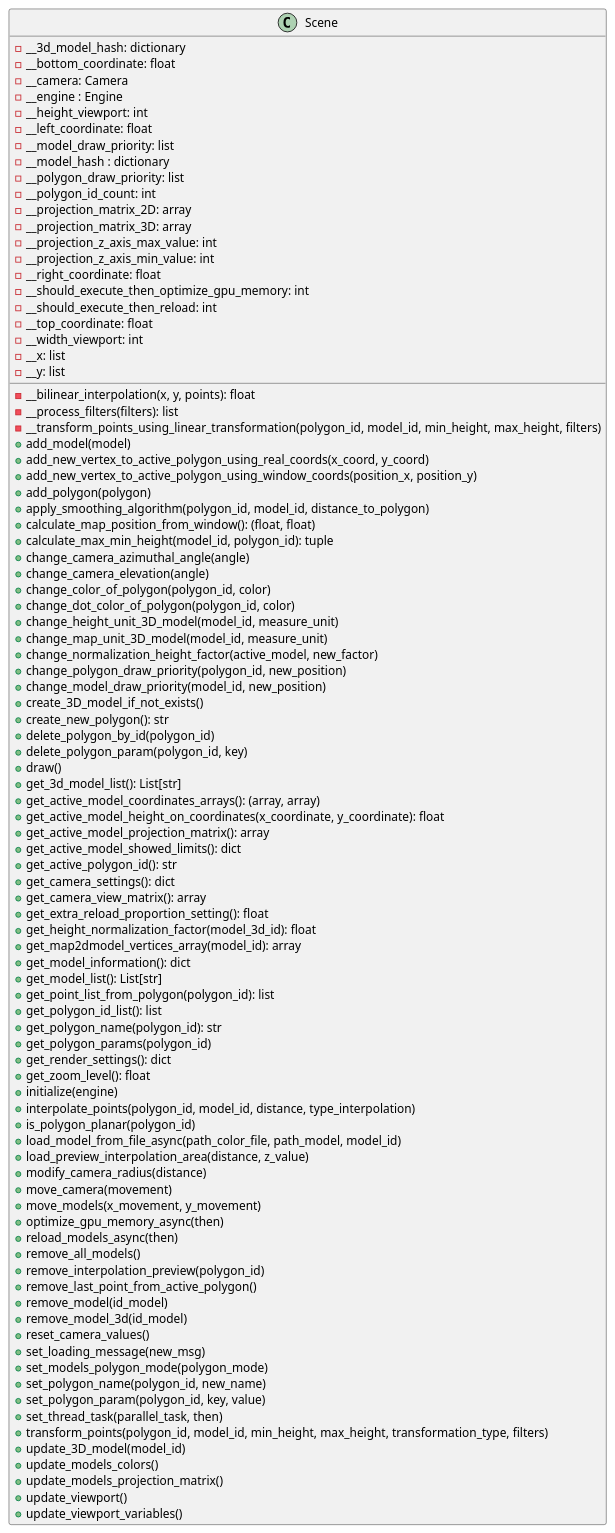
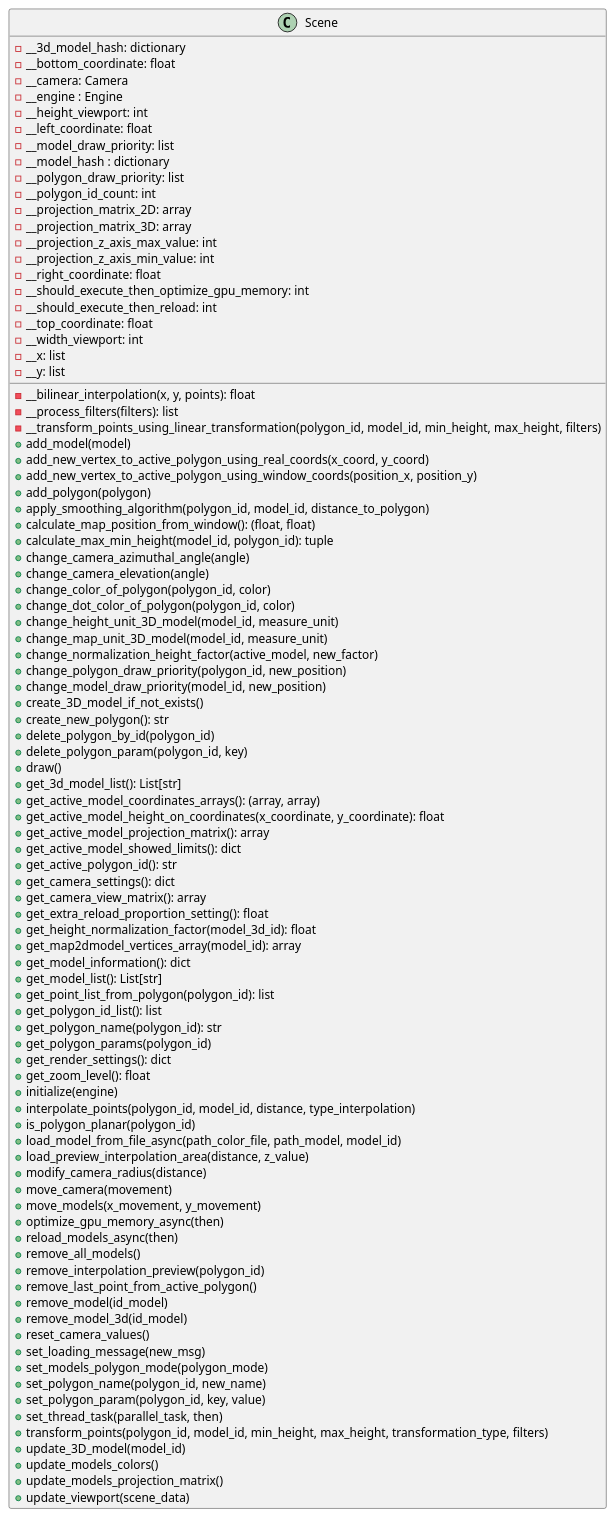
One commit to ferpoble2/Relief_Creator changed the diagram in docs/classes/Scene.puml. Above: the diagram before and after it, drawn with PlantUML. The commit also changed 3 other files, not shown here.

```diff
--- a/docs/classes/Scene.puml
+++ b/docs/classes/Scene.puml
@@ -1,96 +1,95 @@
 @startuml
             class Scene{
                 - __bilinear_interpolation(x, y, points): float
                 - __process_filters(filters): list
                 - __transform_points_using_linear_transformation(polygon_id, model_id, min_height, max_height, filters)
                 + add_model(model)
                 + add_new_vertex_to_active_polygon_using_real_coords(x_coord, y_coord)
                 + add_new_vertex_to_active_polygon_using_window_coords(position_x, position_y)
                 + add_polygon(polygon)
                 + apply_smoothing_algorithm(polygon_id, model_id, distance_to_polygon)
                 + calculate_map_position_from_window(): (float, float)
                 + calculate_max_min_height(model_id, polygon_id): tuple
                 + change_camera_azimuthal_angle(angle)
                 + change_camera_elevation(angle)
                 + change_color_of_polygon(polygon_id, color)
                 + change_dot_color_of_polygon(polygon_id, color)
                 + change_height_unit_3D_model(model_id, measure_unit)
                 + change_map_unit_3D_model(model_id, measure_unit)
                 + change_normalization_height_factor(active_model, new_factor)
                 + change_polygon_draw_priority(polygon_id, new_position)
                 + change_model_draw_priority(model_id, new_position)
                 + create_3D_model_if_not_exists()
                 + create_new_polygon(): str
                 + delete_polygon_by_id(polygon_id)
                 + delete_polygon_param(polygon_id, key)
                 + draw()
                 + get_3d_model_list(): List[str]
                 + get_active_model_coordinates_arrays(): (array, array)
                 + get_active_model_height_on_coordinates(x_coordinate, y_coordinate): float
                 + get_active_model_projection_matrix(): array
                 + get_active_model_showed_limits(): dict
                 + get_active_polygon_id(): str
                 + get_camera_settings(): dict
                 + get_camera_view_matrix(): array
                 + get_extra_reload_proportion_setting(): float
                 + get_height_normalization_factor(model_3d_id): float
                 + get_map2dmodel_vertices_array(model_id): array
                 + get_model_information(): dict
                 + get_model_list(): List[str]
                 + get_point_list_from_polygon(polygon_id): list
                 + get_polygon_id_list(): list
                 + get_polygon_name(polygon_id): str
                 + get_polygon_params(polygon_id)
                 + get_render_settings(): dict
                 + get_zoom_level(): float
                 + initialize(engine)
                 + interpolate_points(polygon_id, model_id, distance, type_interpolation)
                 + is_polygon_planar(polygon_id)
                 + load_model_from_file_async(path_color_file, path_model, model_id)
                 + load_preview_interpolation_area(distance, z_value)
                 + modify_camera_radius(distance)
                 + move_camera(movement)
                 + move_models(x_movement, y_movement)
                 + optimize_gpu_memory_async(then)
                 + reload_models_async(then)
                 + remove_all_models()
                 + remove_interpolation_preview(polygon_id)
                 + remove_last_point_from_active_polygon()
                 + remove_model(id_model)
                 + remove_model_3d(id_model)
                 + reset_camera_values()
                 + set_loading_message(new_msg)
                 + set_models_polygon_mode(polygon_mode)
                 + set_polygon_name(polygon_id, new_name)
                 + set_polygon_param(polygon_id, key, value)
                 + set_thread_task(parallel_task, then)
                 + transform_points(polygon_id, model_id, min_height, max_height, transformation_type, filters)
                 + update_3D_model(model_id)
                 + update_models_colors()
                 + update_models_projection_matrix()
-                + update_viewport()
-                + update_viewport_variables()
+                + update_viewport(scene_data)
 
                 - __3d_model_hash: dictionary
                 - __bottom_coordinate: float
                 - __camera: Camera
                 - __engine : Engine
                 - __height_viewport: int
                 - __left_coordinate: float
                 - __model_draw_priority: list
                 - __model_hash : dictionary
                 - __polygon_draw_priority: list
                 - __polygon_id_count: int
                 - __projection_matrix_2D: array
                 - __projection_matrix_3D: array
                 - __projection_z_axis_max_value: int
                 - __projection_z_axis_min_value: int
                 - __right_coordinate: float
                 - __should_execute_then_optimize_gpu_memory: int
                 - __should_execute_then_reload: int
                 - __top_coordinate: float
                 - __width_viewport: int
                 - __x: list
                 - __y: list
             }
 @enduml
```
